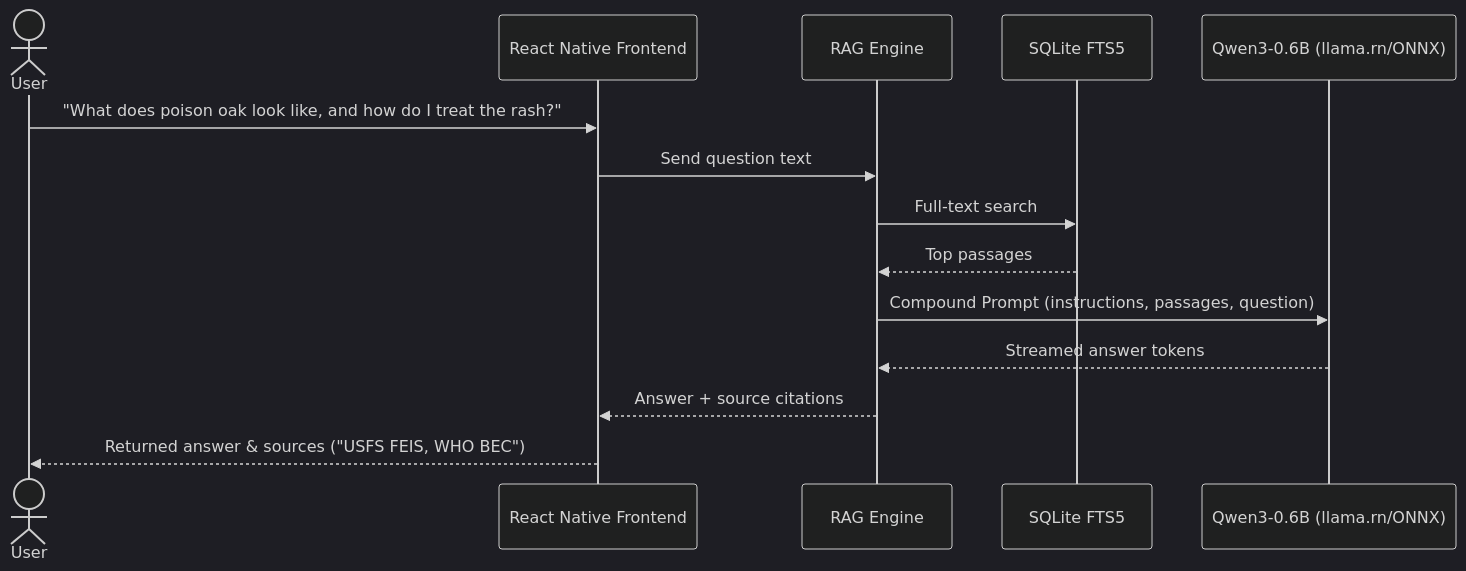
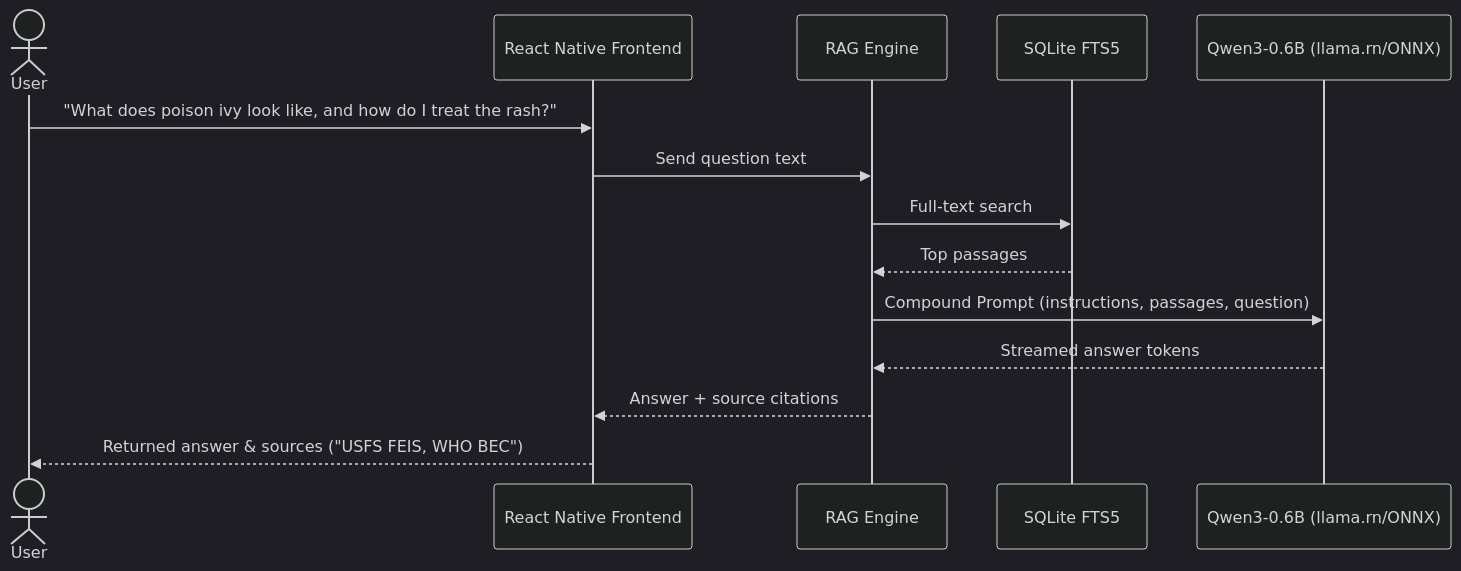
The second of 2 diagrams in README.md (r-magnus/fred), drawn with Mermaid (dark theme) before and after one commit. The commit also changed other lines of this file and 3 other files, not shown here.

````diff
--- a/README.md
+++ b/README.md
@@ -353,17 +368,17 @@
 ```mermaid
 sequenceDiagram
   actor User
   participant FE as React Native Frontend
   participant RAG as RAG Engine
   participant DB as SQLite FTS5
   participant LLM as Qwen3-0.6B (llama.rn/ONNX)
 
-  User->>FE: "What does poison oak look like, and how do I treat the rash?"
+  User->>FE: "What does poison ivy look like, and how do I treat the rash?"
   FE->>RAG: Send question text
   RAG->>DB: Full-text search
   DB-->>RAG: Top passages
   RAG->>LLM: Compound Prompt (instructions, passages, question)
   LLM-->>RAG: Streamed answer tokens
   RAG-->>FE: Answer + source citations
   FE-->>User: Returned answer & sources ("USFS FEIS, WHO BEC")
 ```
````
